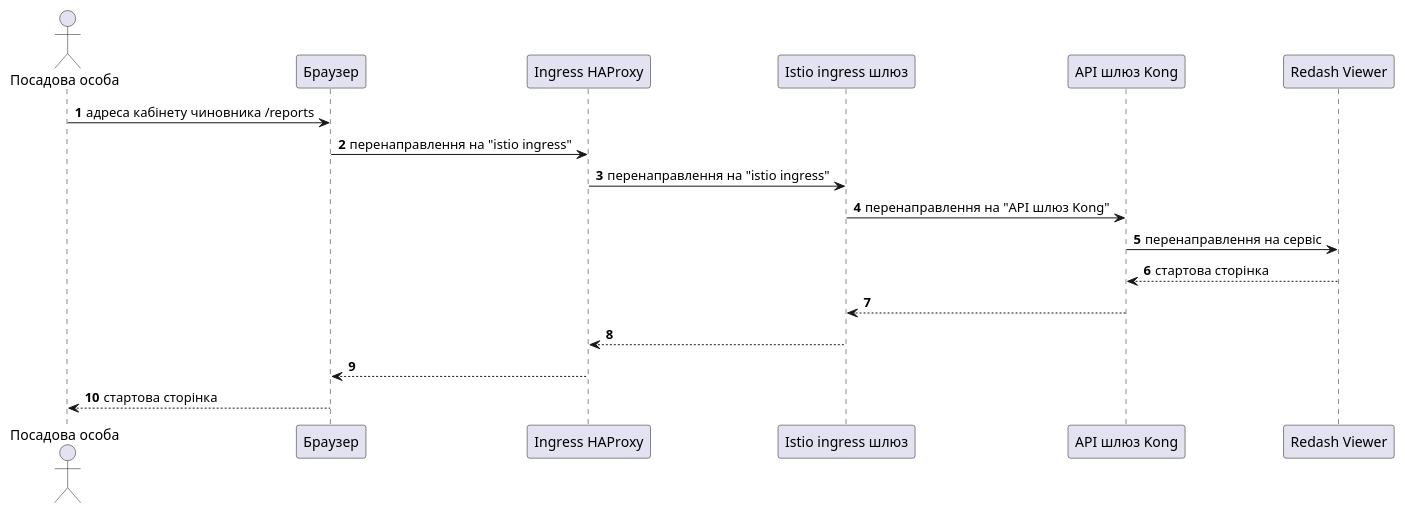
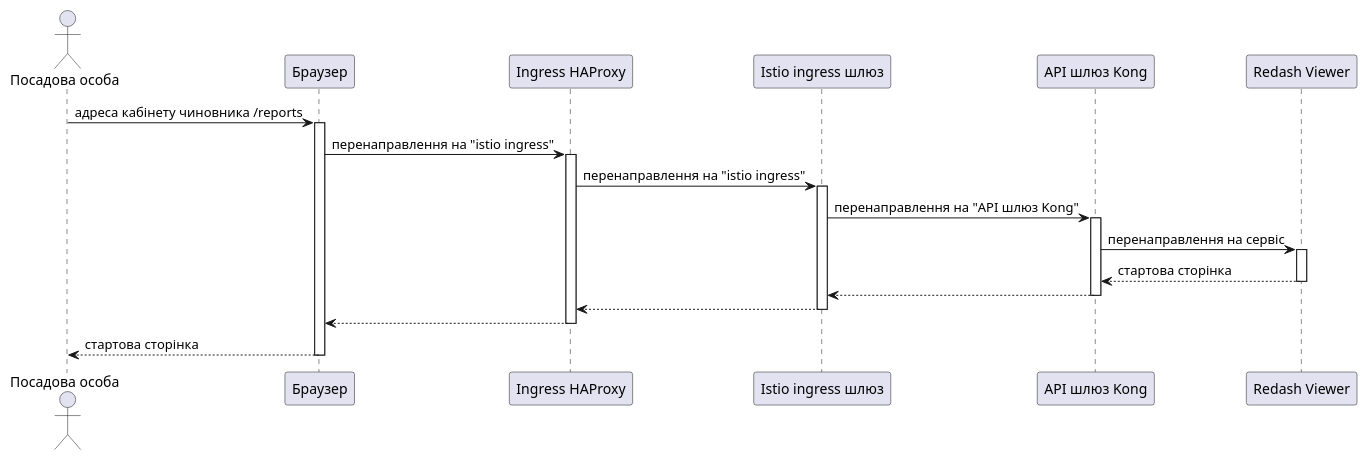
Before and after one commit to epam/edp-ddm-architecture: the diagram in modules/arch/pages/architecture/registry/operational/reporting/kong-redash.adoc, drawn with PlantUML.

Commit message:
[EDP-DDM-0000] Adjust diagram casing

```diff
--- a/modules/arch/pages/architecture/registry/operational/reporting/kong-redash.adoc
+++ b/modules/arch/pages/architecture/registry/operational/reporting/kong-redash.adoc
@@ -27,23 +27,24 @@
 [plantuml, flow, svg]
 ----
 @startuml
-autonumber
-Actor User as "Посадова особа"
-Participant Browser as "Браузер"
-Participant HAProxy as "Ingress HAProxy"
-Participant Istio as "Istio ingress шлюз"
-Participant Kong as "API шлюз Kong"
-Participant Redash as "Redash Viewer"
+autoactivate on
 
-User -> Browser : адреса кабінету чиновника /reports
-Browser -> HAProxy : перенаправлення на "istio ingress"
-HAProxy -> Istio : перенаправлення на "istio ingress"
-Istio -> Kong : перенаправлення на "API шлюз Kong"
-Kong -> Redash : перенаправлення на сервіс
-Redash --> Kong : стартова сторінка
-Kong --> Istio
-Istio --> HAProxy
-HAProxy --> Browser
-Browser --> User : стартова сторінка
+actor user as "Посадова особа"
+participant browser as "Браузер"
+participant haproxy as "Ingress HAProxy"
+participant istio as "Istio ingress шлюз"
+participant kong as "API шлюз Kong"
+participant redash as "Redash Viewer"
+
+user -> browser: адреса кабінету чиновника /reports
+browser -> haproxy: перенаправлення на "istio ingress"
+haproxy -> istio: перенаправлення на "istio ingress"
+istio -> kong: перенаправлення на "API шлюз Kong"
+kong -> redash: перенаправлення на сервіс
+redash --> kong: стартова сторінка
+kong --> istio
+istio --> haproxy
+haproxy --> browser
+browser --> user: стартова сторінка
 @enduml
 ----
```
